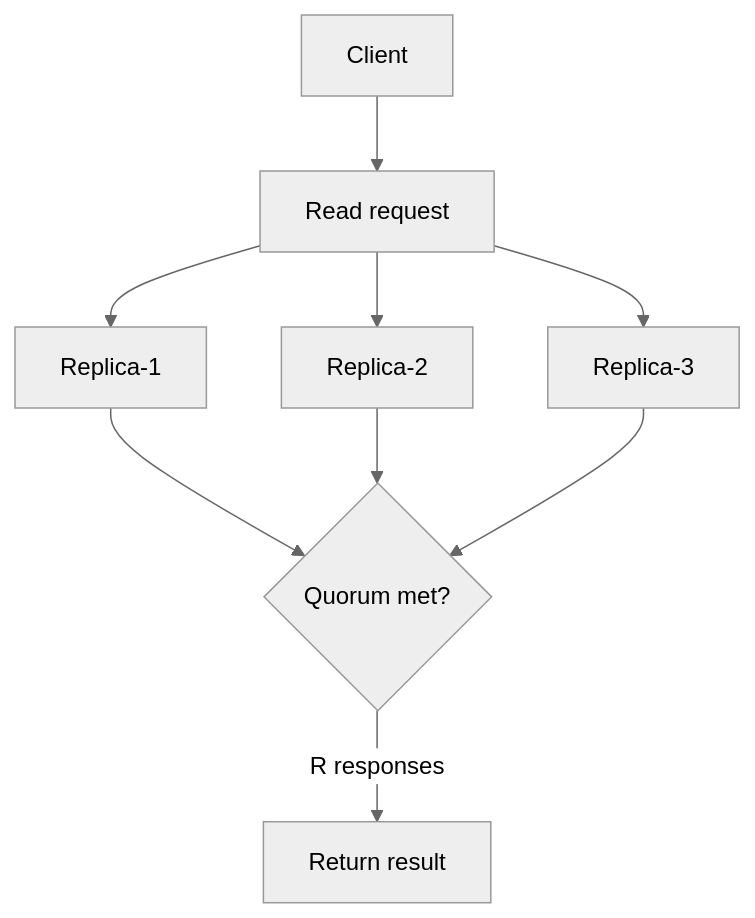
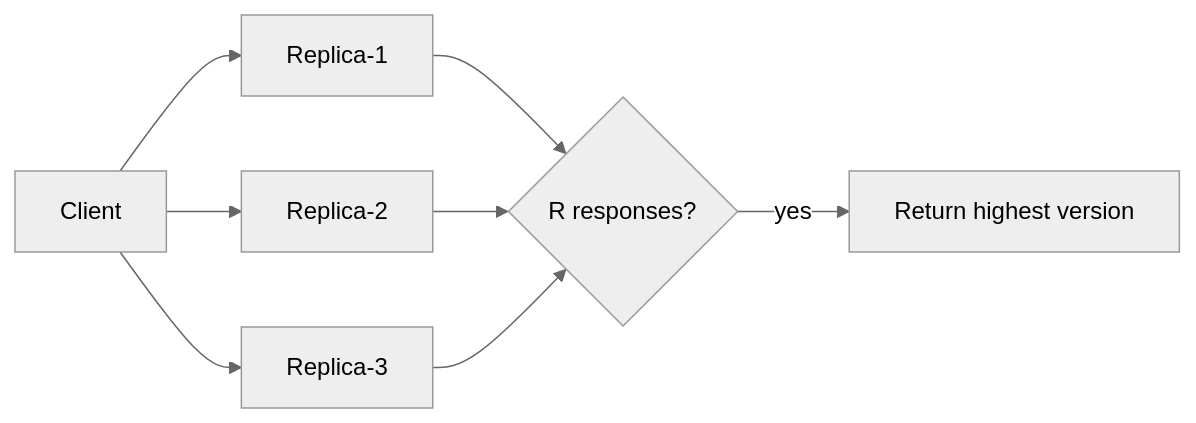
Diagram 23 of 43 in 05-distributed-databases/README.md (hareramcse/SystemDesign), drawn with Mermaid (neutral theme) before and after one commit. The commit also changed other lines of this file and 14 other files, not shown here.

````diff
--- a/05-distributed-databases/README.md
+++ b/05-distributed-databases/README.md
@@ -2692,11 +1443,10 @@
 ```mermaid
-flowchart TB
-    Client[Client] --> Req[Read request]
-    Req --> R1[Replica-1]
-    Req --> R2[Replica-2]
-    Req --> R3[Replica-3]
-    R1 --> Q{Quorum met?}
+flowchart LR
+    Client[Client] --> R1[Replica-1]
+    Client --> R2[Replica-2]
+    Client --> R3[Replica-3]
+    R1 --> Q{R responses?}
     R2 --> Q
     R3 --> Q
-    Q -->|R responses| Result[Return result]
+    Q -->|yes| Result[Return highest version]
 ```
````
